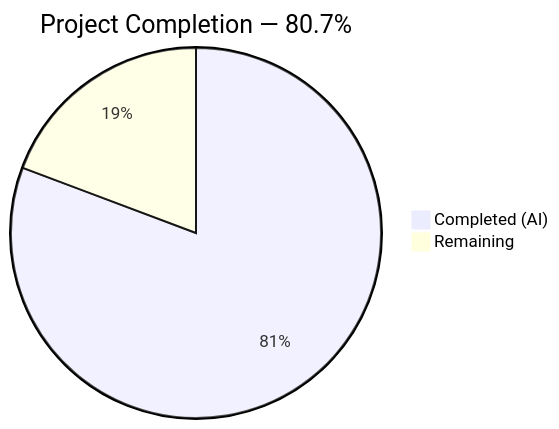
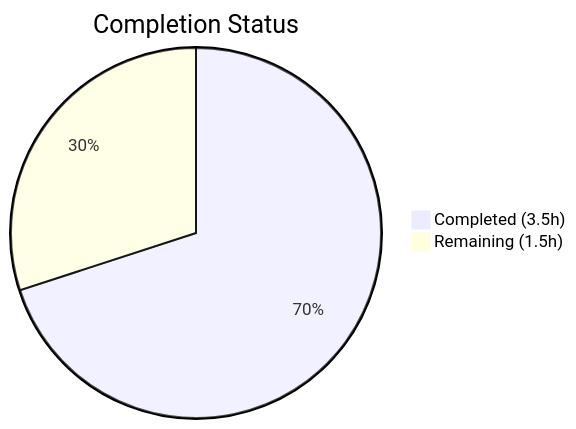
The first of 2 diagrams in blitzy/documentation/Project Guide.md (shaliniblitzy/6thaprilone), drawn with Mermaid before and after one commit. The commit also changed other lines of this file, not shown here.

Commit message:
Adding Blitzy Project Guide: Project Status and Human Tasks Remaining

````diff
--- a/blitzy/documentation/Project Guide.md
+++ b/blitzy/documentation/Project Guide.md
@@ -13,5 +13,5 @@
 ```mermaid
-pie title Project Completion — 80.7%
-    "Completed (AI)" : 67
-    "Remaining" : 16
+pie title Completion Status
+    "Completed (3.5h)" : 3.5
+    "Remaining (1.5h)" : 1.5
 ```
````
